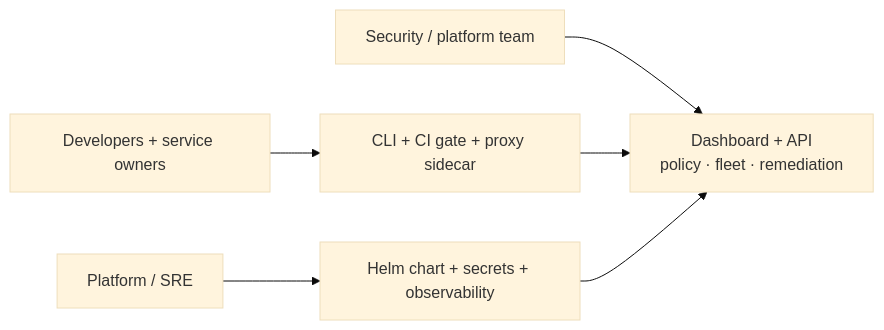
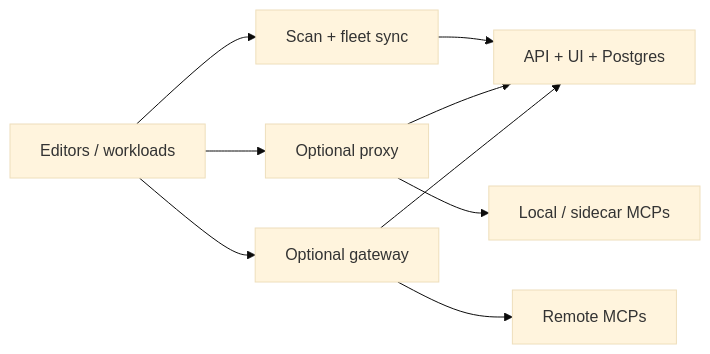
One commit to msaad00/agent-bom changed the diagram in README.md. Above: the diagram before and after it, drawn with Mermaid (base theme). The commit also changed other lines of this file and 3 other files, not shown here.

````diff
--- a/README.md
+++ b/README.md
@@ -310,8 +189,11 @@
 ```mermaid
 flowchart LR
-    sec["Security / platform team"] --> ui["Dashboard + API<br/>policy · fleet · remediation"]
-    dev["Developers + service owners"] --> cli["CLI + CI gate + proxy sidecar"]
-    sre["Platform / SRE"] --> helm["Helm chart + secrets + observability"]
-    cli --> ui
-    helm --> ui
+    Client["Editors / workloads"] --> Inventory["Scan + fleet sync"]
+    Inventory --> API["API + UI + Postgres"]
+    Client --> Proxy["Optional proxy"]
+    Client --> Gateway["Optional gateway"]
+    Proxy --> API
+    Gateway --> API
+    Proxy --> Local["Local / sidecar MCPs"]
+    Gateway --> Remote["Remote MCPs"]
 ```
````
